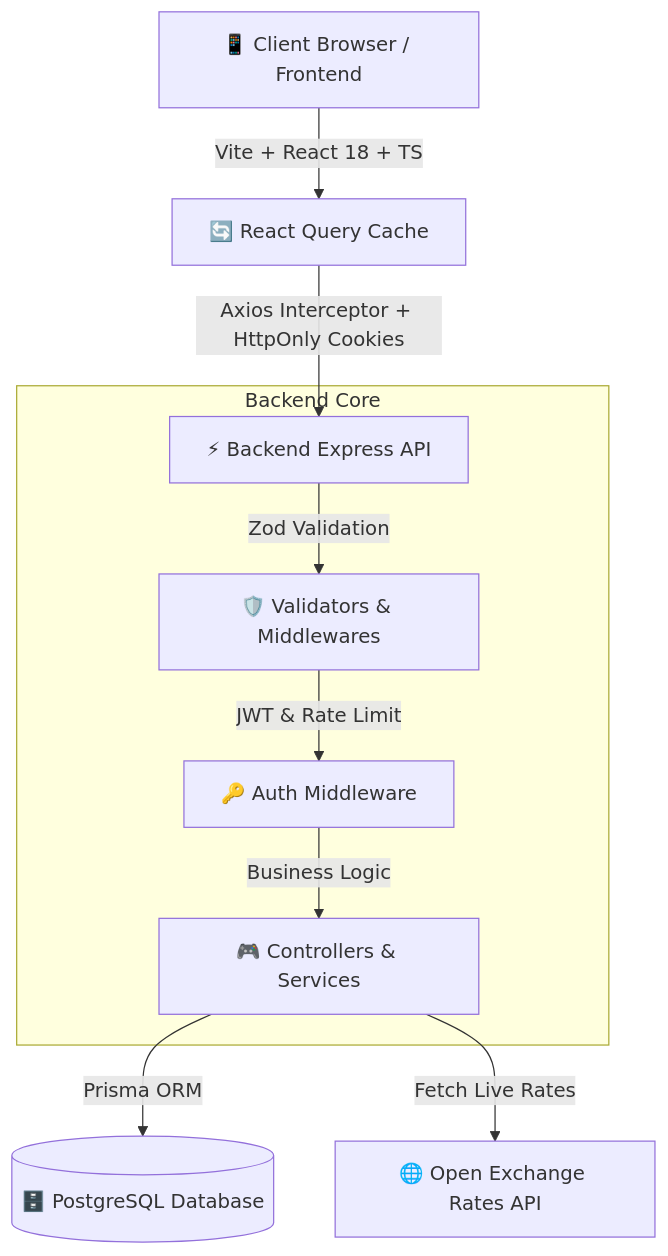
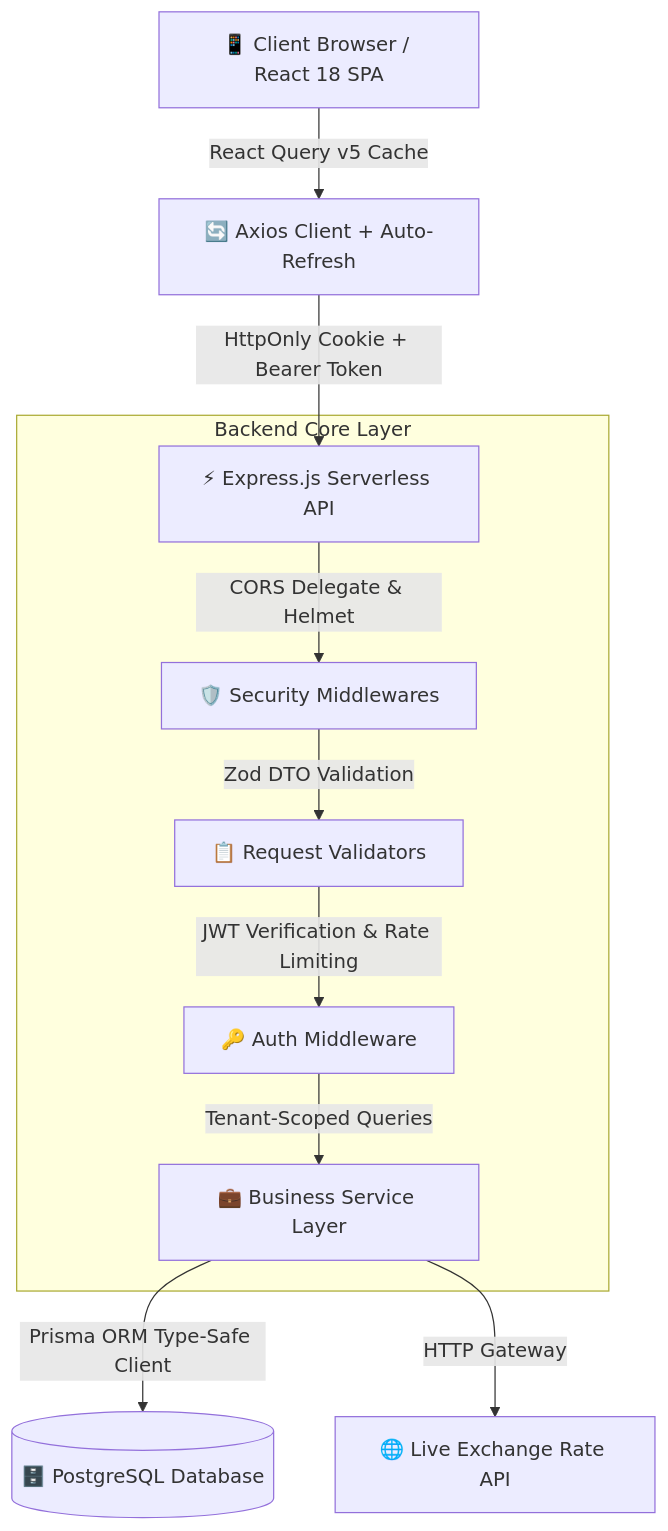
The diagram in README.md (ThuanTran260/Expense-Tracker), drawn with Mermaid before and after one commit. The commit also changed other lines of this file, not shown here.

````diff
--- a/README.md
+++ b/README.md
@@ -71,14 +74,15 @@
 ```mermaid
 graph TD
-    Client[📱 Client Browser / Frontend] -->|Vite + React 18 + TS| ReactQuery[🔄 React Query Cache]
-    ReactQuery -->|Axios Interceptor + HttpOnly Cookies| ExpressAPI[⚡ Backend Express API]
+    Client[📱 Client Browser / React 18 SPA] -->|React Query v5 Cache| AxiosInstance[🔄 Axios Client + Auto-Refresh]
+    AxiosInstance -->|HttpOnly Cookie + Bearer Token| ExpressAPI[⚡ Express.js Serverless API]
     
-    subgraph Backend Core
-        ExpressAPI -->|Zod Validation| Validators[🛡️ Validators & Middlewares]
-        Validators -->|JWT & Rate Limit| AuthMiddleware[🔑 Auth Middleware]
-        AuthMiddleware -->|Business Logic| Controllers[🎮 Controllers & Services]
+    subgraph Backend Core Layer
+        ExpressAPI -->|CORS Delegate & Helmet| Security[🛡️ Security Middlewares]
+        Security -->|Zod DTO Validation| Validators[📋 Request Validators]
+        Validators -->|JWT Verification & Rate Limiting| AuthGuard[🔑 Auth Middleware]
+        AuthGuard -->|Tenant-Scoped Queries| Services[💼 Business Service Layer]
     end
     
-    Controllers -->|Prisma ORM| DB[(🗄️ PostgreSQL Database)]
-    Controllers -->|Fetch Live Rates| ExternalAPI[🌐 Open Exchange Rates API]
+    Services -->|Prisma ORM Type-Safe Client| Postgres[(🗄️ PostgreSQL Database)]
+    Services -->|HTTP Gateway| ExchangeAPI[🌐 Live Exchange Rate API]
 ```
````
